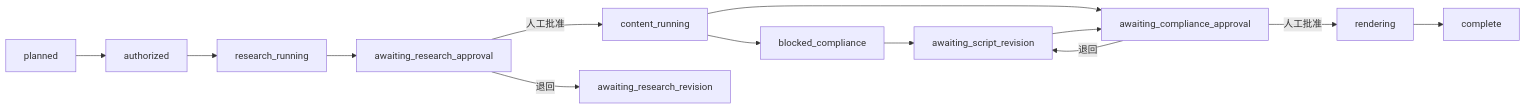
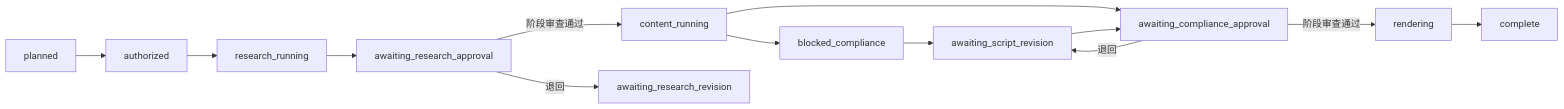
The diagram in README.md (zhichenghe34-design/clean-air-ai-content-factory), drawn with Mermaid before and after one commit. The commit also changed other lines of this file and 23 other files, not shown here.

````diff
--- a/README.md
+++ b/README.md
@@ -95,15 +101,15 @@
 ```mermaid
 flowchart LR
     P["planned"] --> A["authorized"]
     A --> R["research_running"]
     R --> HR["awaiting_research_approval"]
-    HR -->|人工批准| C["content_running"]
+    HR -->|阶段审查通过| C["content_running"]
     HR -->|退回| RR["awaiting_research_revision"]
     C --> B["blocked_compliance"]
     C --> HC["awaiting_compliance_approval"]
     B --> SR["awaiting_script_revision"]
-    HC -->|人工批准| V["rendering"]
+    HC -->|阶段审查通过| V["rendering"]
     HC -->|退回| SR
     SR --> HC
     V --> D["complete"]
 ```
````
